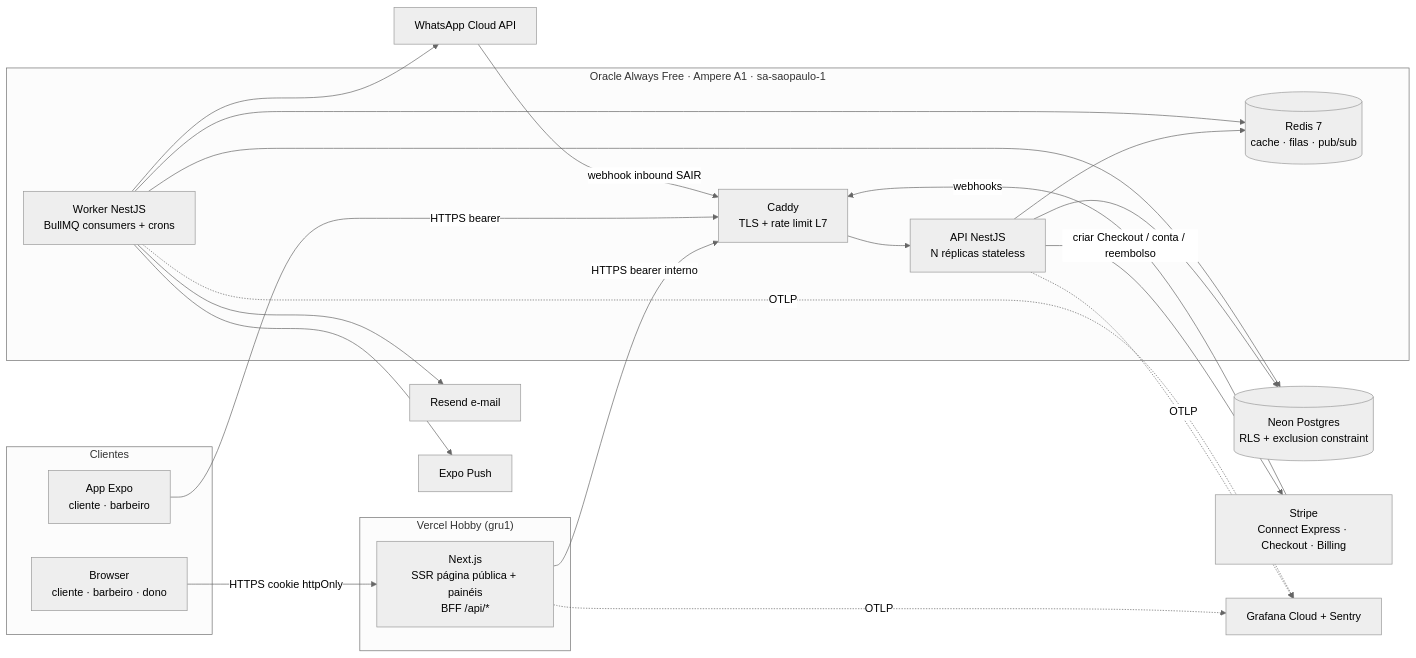
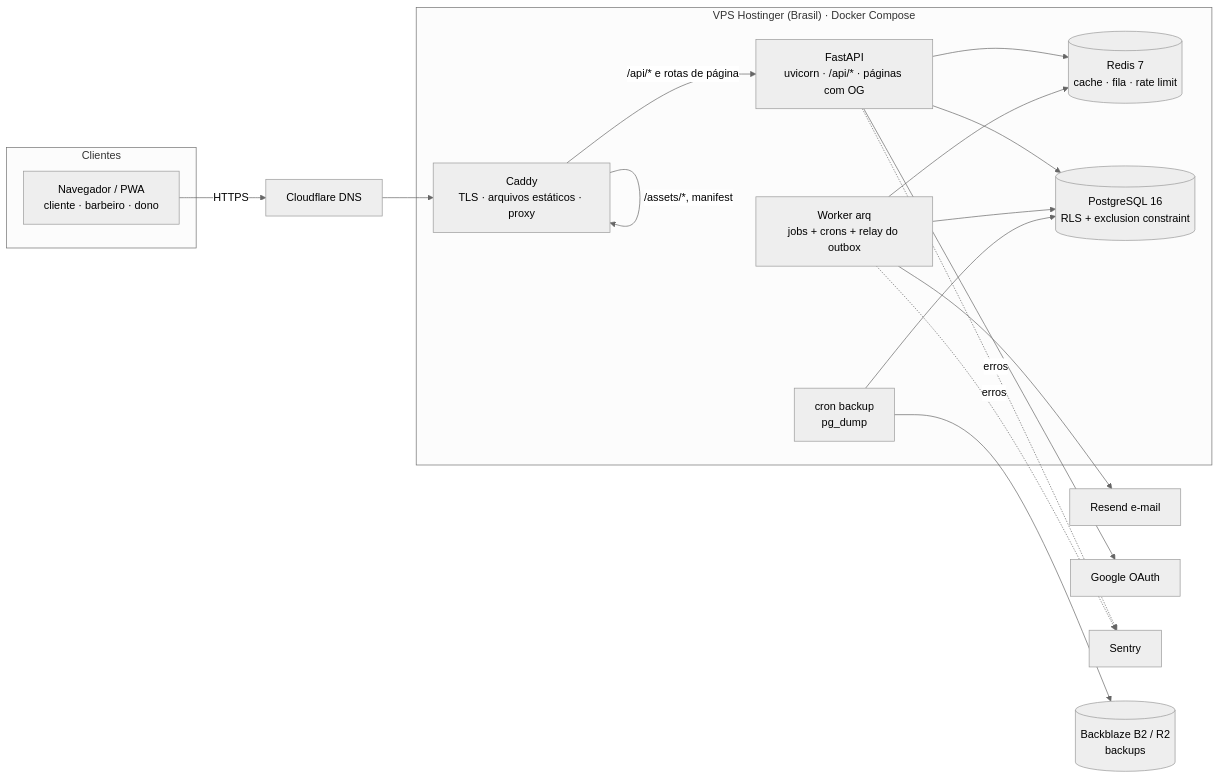
The first of 2 diagrams in .specs/features/mvp/design.md (matheuscostabeber/Barbezy), drawn with Mermaid (neutral theme) before and after one commit. The commit also changed other lines of this file and 5 other files, not shown here.

First line of the commit message:
docs(specs): switch MVP to FastAPI + React/Vite for a solo developer

````diff
--- a/.specs/features/mvp/design.md
+++ b/.specs/features/mvp/design.md
@@ -13,43 +13,36 @@
 ```mermaid
 graph LR
   subgraph Clientes
-    WEBB[Browser<br/>cliente · barbeiro · dono]
-    APP[App Expo<br/>cliente · barbeiro]
+    WEBB[Navegador / PWA<br/>cliente · barbeiro · dono]
   end
 
-  subgraph Vercel["Vercel Hobby (gru1)"]
-    NEXT[Next.js<br/>SSR página pública + painéis<br/>BFF /api/*]
+  CF[Cloudflare DNS]
+
+  subgraph VPS["VPS Hostinger (Brasil) · Docker Compose"]
+    CADDY[Caddy<br/>TLS · arquivos estáticos · proxy]
+    API[FastAPI<br/>uvicorn · /api/* · páginas com OG]
+    WRK[Worker arq<br/>jobs + crons + relay do outbox]
+    REDIS[(Redis 7<br/>cache · fila · rate limit)]
+    PG[(PostgreSQL 16<br/>RLS + exclusion constraint)]
+    BKP[cron backup<br/>pg_dump]
   end
 
-  subgraph VM["Oracle Always Free · Ampere A1 · sa-saopaulo-1"]
-    CADDY[Caddy<br/>TLS + rate limit L7]
-    API[API NestJS<br/>N réplicas stateless]
-    WRK[Worker NestJS<br/>BullMQ consumers + crons]
-    REDIS[(Redis 7<br/>cache · filas · pub/sub)]
-  end
+  RESEND[Resend e-mail]
+  GOOGLE[Google OAuth]
+  SENTRY[Sentry]
+  B2[(Backblaze B2 / R2<br/>backups)]
 
-  NEON[(Neon Postgres<br/>RLS + exclusion constraint)]
-  STRIPE[Stripe<br/>Connect Express · Checkout · Billing]
-  META[WhatsApp Cloud API]
-  RESEND[Resend e-mail]
-  EXPO[Expo Push]
-  OTEL[Grafana Cloud + Sentry]
-
-  WEBB -->|HTTPS cookie httpOnly| NEXT
-  NEXT -->|HTTPS bearer interno| CADDY
-  APP -->|HTTPS bearer| CADDY
-  CADDY --> API
-  API --> NEON
+  WEBB -->|HTTPS| CF --> CADDY
+  CADDY -->|/assets/*, manifest| CADDY
+  CADDY -->|/api/* e rotas de página| API
+  API --> PG
   API --> REDIS
-  WRK --> NEON
+  WRK --> PG
   WRK --> REDIS
-  API -->|criar Checkout / conta / reembolso| STRIPE
-  STRIPE -->|webhooks| CADDY
-  META -->|webhook inbound SAIR| CADDY
-  WRK --> META
   WRK --> RESEND
-  WRK --> EXPO
-  API -. OTLP .-> OTEL
-  WRK -. OTLP .-> OTEL
-  NEXT -. OTLP .-> OTEL
+  API --> GOOGLE
+  API -. erros .-> SENTRY
+  WRK -. erros .-> SENTRY
+  BKP --> PG
+  BKP --> B2
 ```
````
